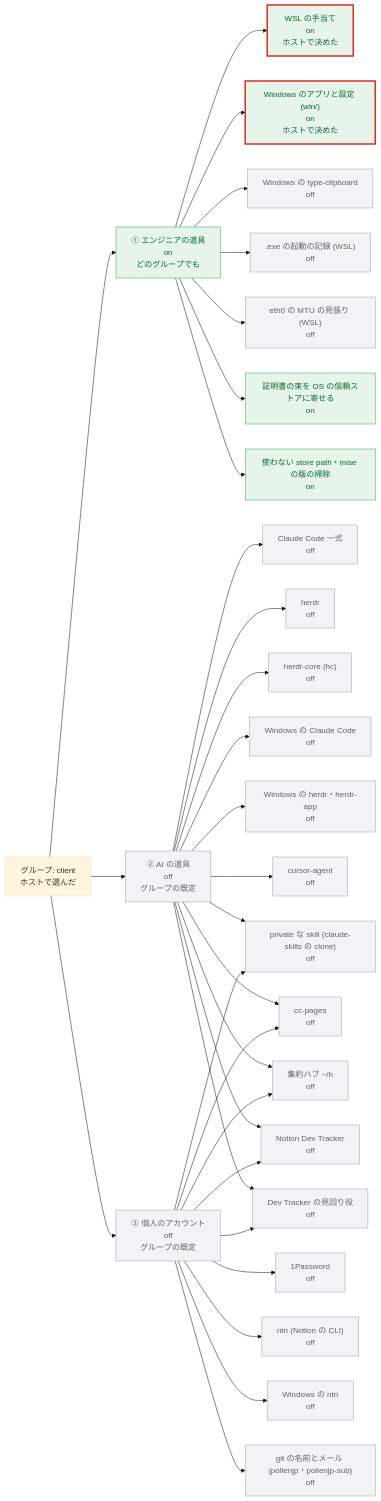
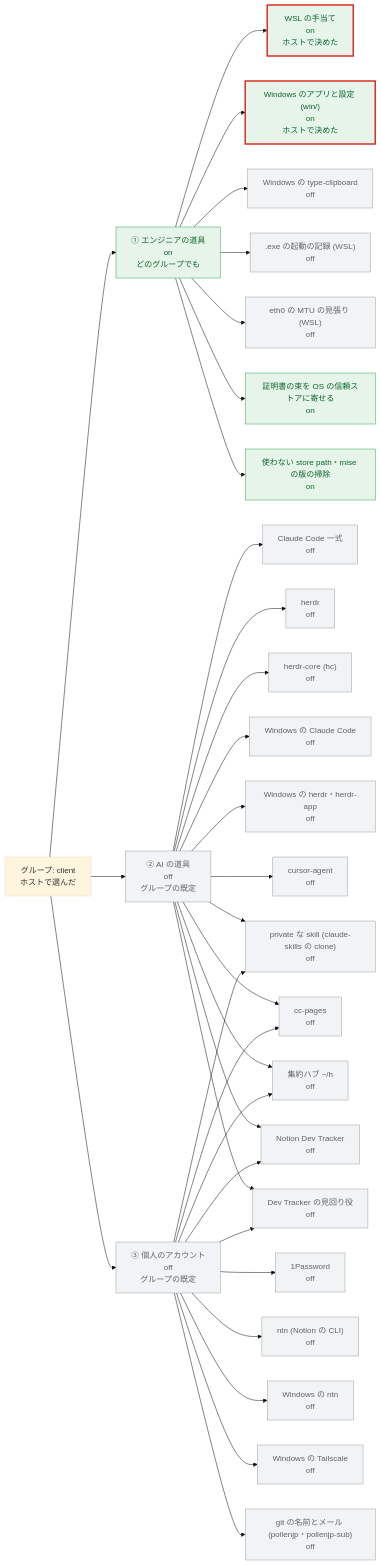
Before and after one commit to pollenjp/dotfiles: the third of 4 diagrams in nix/groups.md, drawn with Mermaid (base theme). The commit also changed other lines of this file and 6 other files, not shown here.

First line of the commit message:
feat(nix,win): Windows に Tailscale を入れるかの switch (wsl.windowsFiles.tailscale.enable) を足す

````diff
--- a/nix/groups.md
+++ b/nix/groups.md
@@ -262,68 +269,70 @@
 ```mermaid
 flowchart LR
   g["グループ: client<br/>ホストで選んだ"]
   t1["① エンジニアの道具<br/>on<br/>どのグループでも"]
   t2["② AI の道具<br/>off<br/>グループの既定"]
   t3["③ 個人のアカウント<br/>off<br/>グループの既定"]
   g --> t1
   g --> t2
   g --> t3
   wsl["WSL の手当て<br/>on<br/>ホストで決めた"]
   windowsFiles["Windows のアプリと設定 (win/)<br/>on<br/>ホストで決めた"]
   windowsTypeClipboard["Windows の type-clipboard<br/>off"]
   exeExecTrace[".exe の起動の記録 (WSL)<br/>off"]
   mtuGuard["eth0 の MTU の見張り (WSL)<br/>off"]
   osCaBundle["証明書の束を OS の信頼ストアに寄せる<br/>on"]
   cleanup["使わない store path・mise の版の掃除<br/>on"]
   claude["Claude Code 一式<br/>off"]
   herdr["herdr<br/>off"]
   herdrCore["herdr-core (hc)<br/>off"]
   windowsClaudeCode["Windows の Claude Code<br/>off"]
   windowsHerdr["Windows の herdr・herdr-app<br/>off"]
   cursorAgent["cursor-agent<br/>off"]
   claudePrivateSkills["private な skill (claude-skills の clone)<br/>off"]
   ccPages["cc-pages<br/>off"]
   herdrHub["集約ハブ ~/h<br/>off"]
   devTracker["Notion Dev Tracker<br/>off"]
   devTrackerInbox["Dev Tracker の見回り役<br/>off"]
   onePassword["1Password<br/>off"]
   ntn["ntn (Notion の CLI)<br/>off"]
   windowsNtn["Windows の ntn<br/>off"]
+  windowsTailscale["Windows の Tailscale<br/>off"]
   gitIdentity["git の名前とメール (pollenjp・pollenjp-sub)<br/>off"]
   t1 --> wsl
   t1 --> windowsFiles
   t1 --> windowsTypeClipboard
   t1 --> exeExecTrace
   t1 --> mtuGuard
   t1 --> osCaBundle
   t1 --> cleanup
   t2 --> claude
   t2 --> herdr
   t2 --> herdrCore
   t2 --> windowsClaudeCode
   t2 --> windowsHerdr
   t2 --> cursorAgent
   t2 --> claudePrivateSkills
   t3 --> claudePrivateSkills
   t2 --> ccPages
   t3 --> ccPages
   t2 --> herdrHub
   t3 --> herdrHub
   t2 --> devTracker
   t3 --> devTracker
   t2 --> devTrackerInbox
   t3 --> devTrackerInbox
   t3 --> onePassword
   t3 --> ntn
   t3 --> windowsNtn
+  t3 --> windowsTailscale
   t3 --> gitIdentity
   classDef on fill:#e6f4ea,stroke:#34a853,color:#0d652d
   classDef off fill:#f1f3f4,stroke:#9aa0a6,color:#5f6368
   classDef na fill:#ffffff,stroke:#bdc1c6,color:#9aa0a6,stroke-dasharray:4 3
   classDef onHost fill:#e6f4ea,stroke:#d93025,stroke-width:3px,color:#0d652d
   classDef offHost fill:#f1f3f4,stroke:#d93025,stroke-width:3px,color:#5f6368
   classDef naHost fill:#ffffff,stroke:#d93025,stroke-width:3px,color:#9aa0a6,stroke-dasharray:4 3
   class t1,osCaBundle,cleanup on
-  class t2,t3,windowsTypeClipboard,exeExecTrace,mtuGuard,claude,herdr,herdrCore,windowsClaudeCode,windowsHerdr,cursorAgent,claudePrivateSkills,ccPages,herdrHub,devTracker,devTrackerInbox,onePassword,ntn,windowsNtn,gitIdentity off
+  class t2,t3,windowsTypeClipboard,exeExecTrace,mtuGuard,claude,herdr,herdrCore,windowsClaudeCode,windowsHerdr,cursorAgent,claudePrivateSkills,ccPages,herdrHub,devTracker,devTrackerInbox,onePassword,ntn,windowsNtn,windowsTailscale,gitIdentity off
   class wsl,windowsFiles onHost
 ```
````
